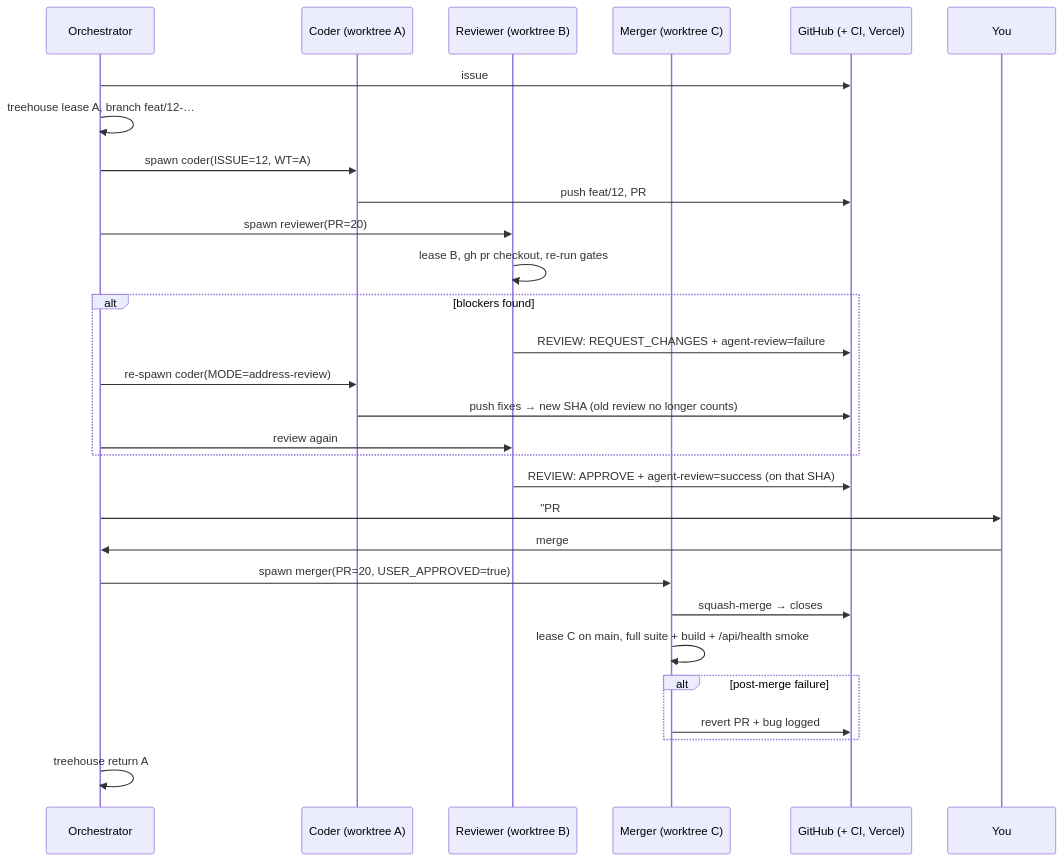
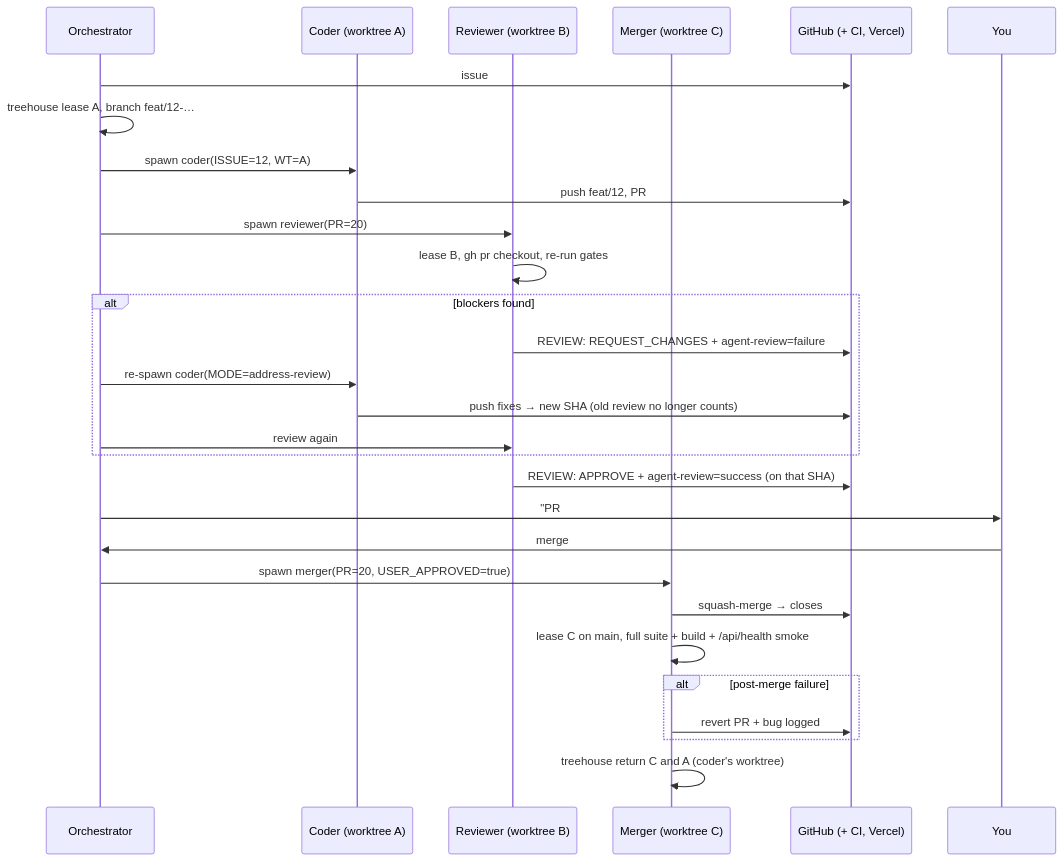
Before and after one commit to dangnguyenducanh/Zalo-Tele-intergrated-financial-apps: the diagram in docs/08-agent-workflow.md, drawn with Mermaid. The commit also changed other lines of this file and 4 other files, not shown here.

````diff
--- a/docs/08-agent-workflow.md
+++ b/docs/08-agent-workflow.md
@@ -34,31 +34,31 @@
 ```mermaid
 sequenceDiagram
     participant O as Orchestrator
     participant C as Coder (worktree A)
     participant R as Reviewer (worktree B)
     participant M as Merger (worktree C)
     participant G as GitHub (+ CI, Vercel)
     participant U as You
     O->>G: issue #12 ready (status:ready)
     O->>O: treehouse lease A, branch feat/12-…
     O->>C: spawn coder(ISSUE=12, WT=A)
     C->>G: push feat/12, PR #20 (status:in-review) → CI runs
     O->>R: spawn reviewer(PR=20)
     R->>R: lease B, gh pr checkout, re-run gates
     alt blockers found
         R->>G: REVIEW: REQUEST_CHANGES + agent-review=failure
         O->>C: re-spawn coder(MODE=address-review)
         C->>G: push fixes → new SHA (old review no longer counts)
         O->>R: review again
     end
     R->>G: REVIEW: APPROVE + agent-review=success (on that SHA)
     O->>U: "PR #20 ready: <how it works>. Merge?"
     U->>O: merge #20
     O->>M: spawn merger(PR=20, USER_APPROVED=true)
     M->>G: squash-merge → closes #12 → Vercel deploys main
     M->>M: lease C on main, full suite + build + /api/health smoke
     alt post-merge failure
         M->>G: revert PR + bug logged
     end
-    O->>O: treehouse return A
+    M->>M: treehouse return C and A (coder's worktree)
 ```
````
